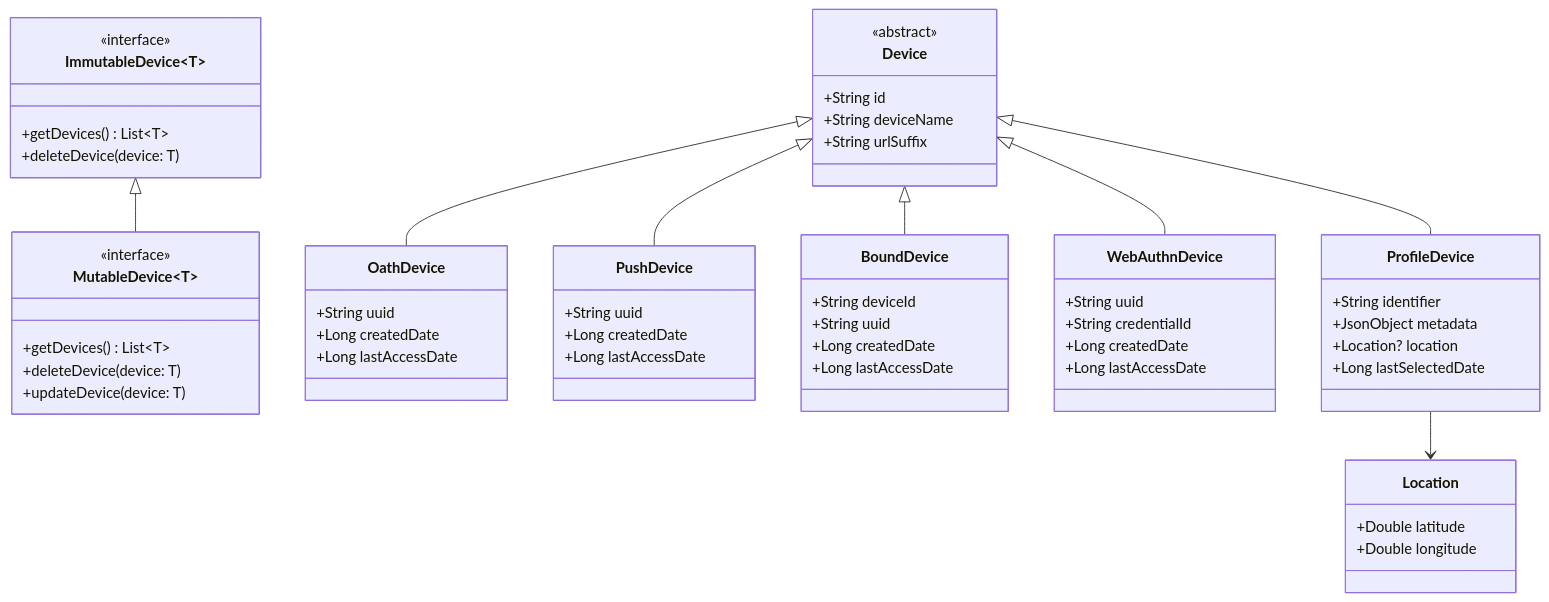
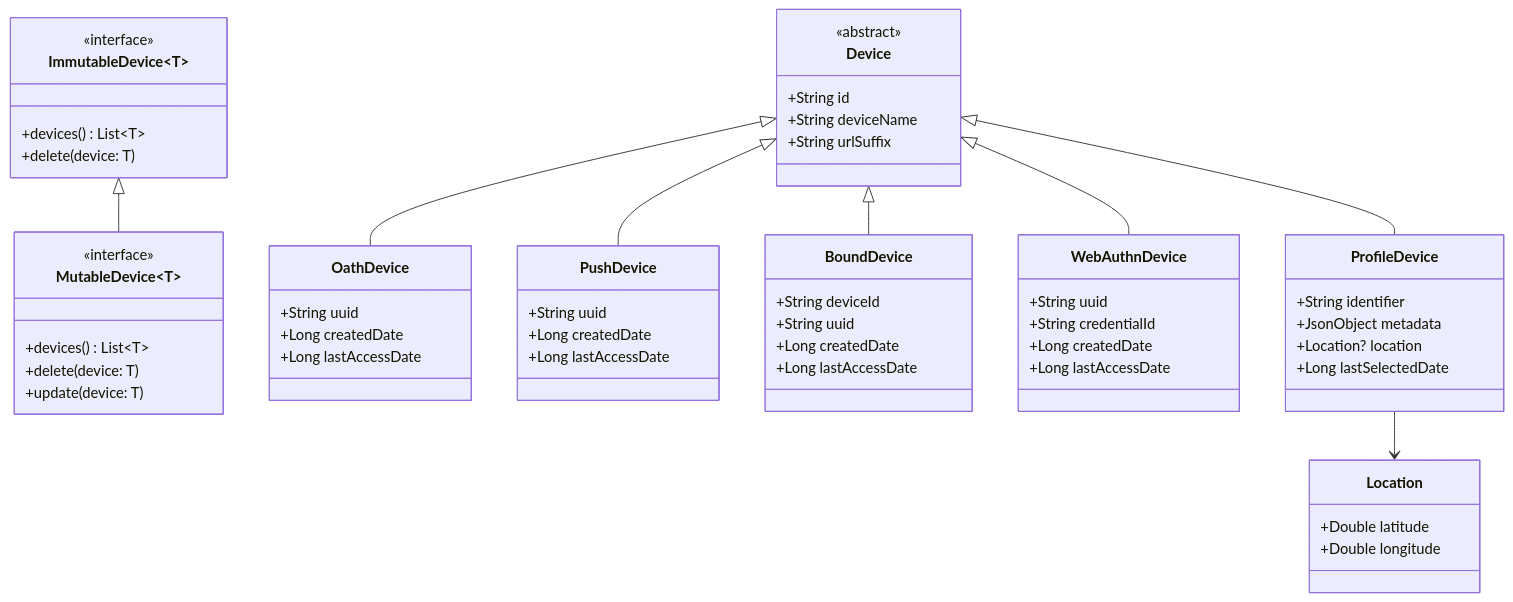
The first of 2 diagrams in foundation/device/device-client/CONCEPT.md (ForgeRock/ping-android-sdk), drawn with Mermaid before and after one commit. The commit also changed other lines of this file and 1 other file, not shown here.

Commit message:
Refactor: Update DeviceClient documentation and method names for clarity and consistency

````diff
--- a/foundation/device/device-client/CONCEPT.md
+++ b/foundation/device/device-client/CONCEPT.md
@@ -80,68 +77,68 @@
 ```mermaid
 classDiagram
     class ImmutableDevice~T~ {
         <<interface>>
-        +getDevices() List~T~
-        +deleteDevice(device: T)
+        +devices() List~T~
+        +delete(device: T)
     }
     
     class MutableDevice~T~ {
         <<interface>>
-        +getDevices() List~T~
-        +deleteDevice(device: T)
-        +updateDevice(device: T)
+        +devices() List~T~
+        +delete(device: T)
+        +update(device: T)
     }
     
     class Device {
         <<abstract>>
         +String id
         +String deviceName
         +String urlSuffix
     }
     
     class OathDevice {
         +String uuid
         +Long createdDate
         +Long lastAccessDate
     }
     
     class PushDevice {
         +String uuid
         +Long createdDate
         +Long lastAccessDate
     }
     
     class BoundDevice {
         +String deviceId
         +String uuid
         +Long createdDate
         +Long lastAccessDate
     }
     
     class WebAuthnDevice {
         +String uuid
         +String credentialId
         +Long createdDate
         +Long lastAccessDate
     }
     
     class ProfileDevice {
         +String identifier
         +JsonObject metadata
         +Location? location
         +Long lastSelectedDate
     }
     
     class Location {
         +Double latitude
         +Double longitude
     }
     
     ImmutableDevice <|-- MutableDevice
     Device <|-- OathDevice
     Device <|-- PushDevice
     Device <|-- BoundDevice
     Device <|-- WebAuthnDevice
     Device <|-- ProfileDevice
     ProfileDevice --> Location
 ```
````
